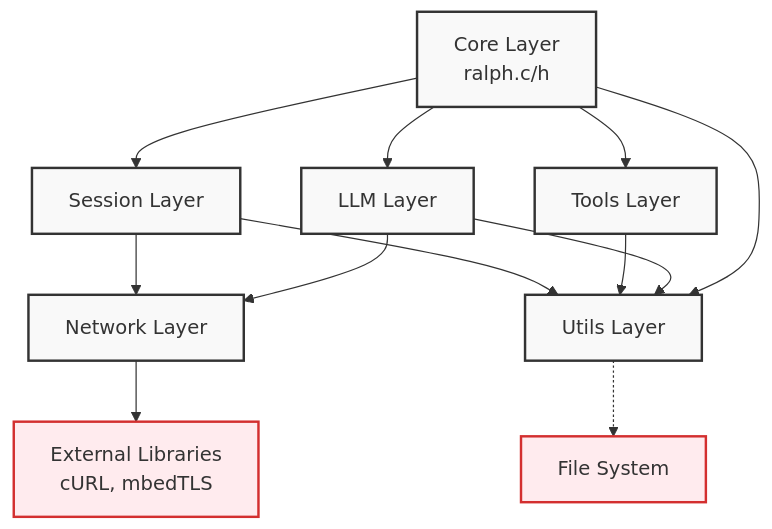
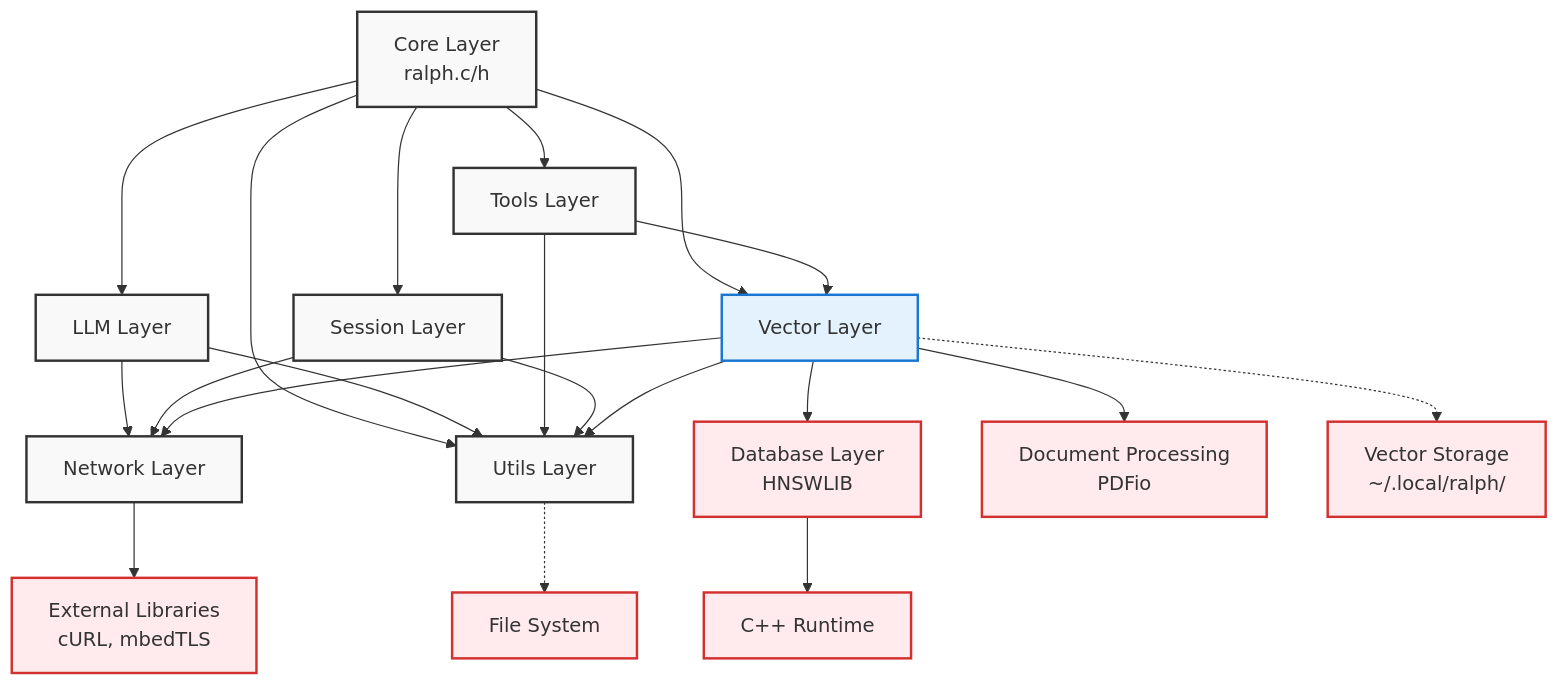
Before and after one commit to tgittos/scaffold: the sixth of 8 diagrams in ARCHITECTURE.md, drawn with Mermaid. The commit also changed other lines of this file and 21 other files, not shown here.

First line of the commit message:
docs: Update README and ARCHITECTURE for vector database and memory features

````diff
--- a/ARCHITECTURE.md
+++ b/ARCHITECTURE.md
@@ -160,25 +225,36 @@
 ```mermaid
 graph TB
     Core[Core Layer<br/>ralph.c/h] --> LLM[LLM Layer]
     Core --> Tools[Tools Layer]
     Core --> Session[Session Layer]
     Core --> Utils[Utils Layer]
+    Core --> Vector[Vector Layer]
     
     LLM --> Network[Network Layer]
     LLM --> Utils
     
     Tools --> Utils
+    Tools --> Vector
     
     Session --> Utils
     Session --> Network
     
+    Vector --> Network
+    Vector --> Utils
+    Vector --> Database[Database Layer<br/>HNSWLIB]
+    Vector --> Document[Document Processing<br/>PDFio]
+    
     Network --> External[External Libraries<br/>cURL, mbedTLS]
+    Database --> CPPRuntime[C++ Runtime]
     
     Utils -.-> FileSystem[File System]
+    Vector -.-> VectorStorage[Vector Storage<br/>~/.local/ralph/]
     
     classDef layer fill:#f9f9f9,stroke:#333,stroke-width:2px
+    classDef vectorLayer fill:#e3f2fd,stroke:#1976d2,stroke-width:2px
     classDef external fill:#ffebee,stroke:#d32f2f,stroke-width:2px
     
     class Core,LLM,Tools,Session,Utils,Network layer
-    class External,FileSystem external
+    class Vector vectorLayer
+    class External,FileSystem,Database,Document,CPPRuntime,VectorStorage external
 ```
````
